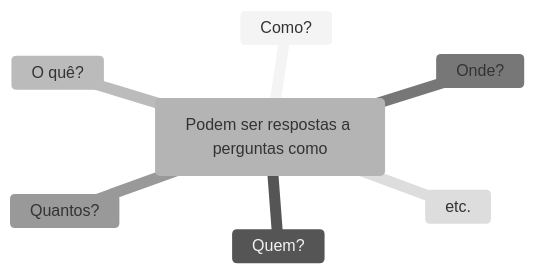
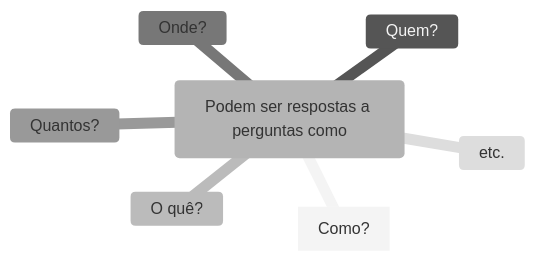
The second of 2 diagrams in Mestrado/Segundo Semestre/SIN5033 - Grafos de conhecimento e Ontologias/Aula 1/1 Conceitos basicos.md (Igorino/joplin-notes), drawn with Mermaid (neutral theme) before and after one commit.

Commit message:
Exported on 2026-04-05_19-38-59

````diff
--- a/Mestrado/Segundo Semestre/SIN5033 - Grafos de conhecimento e Ontologias/Aula 1/1 Conceitos basicos.md
+++ b/Mestrado/Segundo Semestre/SIN5033 - Grafos de conhecimento e Ontologias/Aula 1/1 Conceitos basicos.md
@@ -40,11 +40,11 @@
 ```mermaid
 mindmap
 root(Podem ser respostas a perguntas como)
-	Como?
-	:::urgent large
+	[Como?]
+	:::urgent
 	Quem?
 	O quê?
 	Onde?
 	Quantos?
 	etc.
 ```
````
